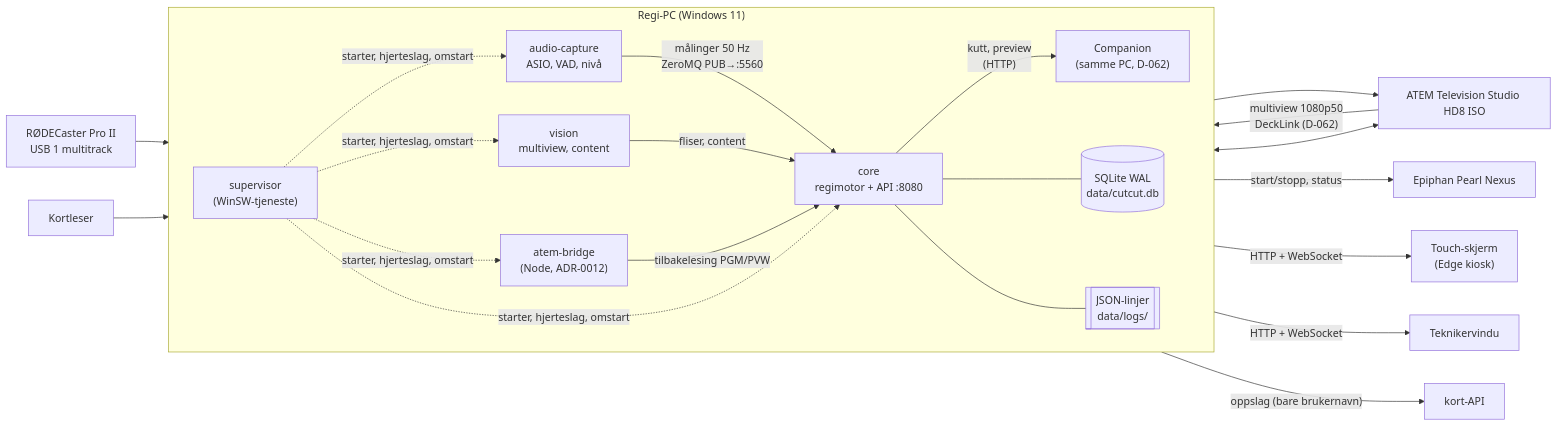
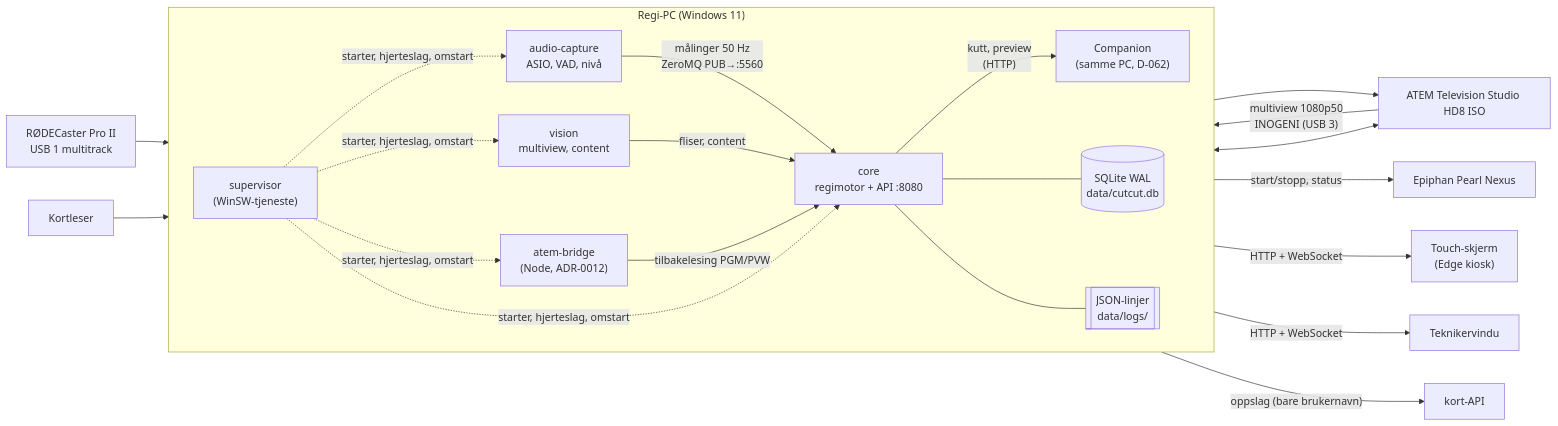
The first of 5 diagrams in docs/architecture/README.md (multimediesenteret/CutCutStudio), drawn with Mermaid before and after one commit. The commit also changed 25 other files, not shown here.

First line of the commit message:
fix: capture-kortet er INOGENI, ikke DeckLink

````diff
--- a/docs/architecture/README.md
+++ b/docs/architecture/README.md
@@ -11,30 +11,30 @@
 ```mermaid
 flowchart LR
   subgraph PC["Regi-PC (Windows 11)"]
     direction LR
     SUP["supervisor<br/>(WinSW-tjeneste)"]
     AUD["audio-capture<br/>ASIO, VAD, nivå"]
     VIS["vision<br/>multiview, content"]
     CORE["core<br/>regimotor + API :8080"]
     BRIDGE["atem-bridge<br/>(Node, ADR-0012)"]
     COMP["Companion<br/>(samme PC, D-062)"]
     DB[("SQLite WAL<br/>data/cutcut.db")]
     LOGS[["JSON-linjer<br/>data/logs/"]]
   end
   RODE["RØDECaster Pro II<br/>USB 1 multitrack"] --> AUD
-  ATEM["ATEM Television Studio HD8 ISO"] -- "multiview 1080p50<br/>DeckLink (D-062)" --> VIS
+  ATEM["ATEM Television Studio HD8 ISO"] -- "multiview 1080p50<br/>INOGENI (USB 3)" --> VIS
   AUD -- "målinger 50 Hz<br/>ZeroMQ PUB→:5560" --> CORE
   VIS -- "fliser, content" --> CORE
   CORE -- "kutt, preview<br/>(HTTP)" --> COMP
   COMP --> ATEM
   BRIDGE -- "tilbakelesing PGM/PVW" --> CORE
   ATEM <--> BRIDGE
   CORE -- "start/stopp, status" --> PEARL["Epiphan Pearl Nexus"]
   CORE --- DB
   CORE --- LOGS
   SUP -. "starter, hjerteslag, omstart" .-> AUD & VIS & CORE & BRIDGE
   CORE -- "HTTP + WebSocket" --> TOUCH["Touch-skjerm<br/>(Edge kiosk)"]
   CORE -- "HTTP + WebSocket" --> TECH["Teknikervindu"]
   CARD["Kortleser"] --> CORE
   CORE -- "oppslag (bare brukernavn)" --> Multimediesenteret["kort-API"]
 ```
````
